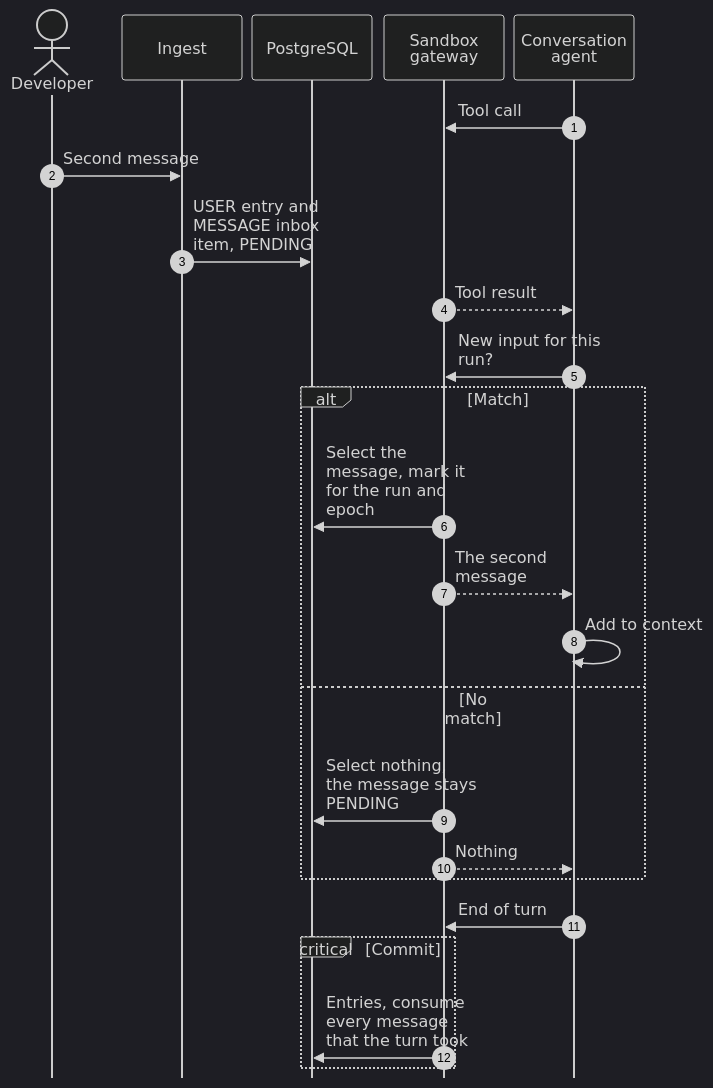
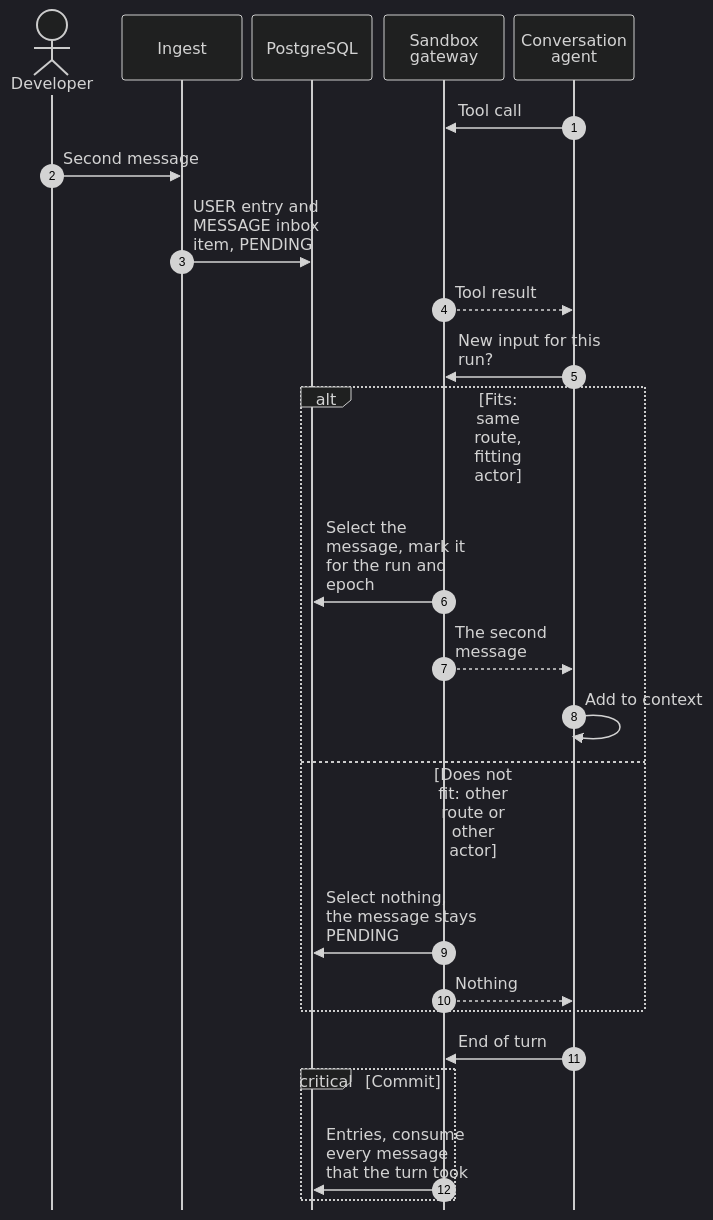
Before and after one commit to hephaestus-build/Hephaestus: the ninth of 12 diagrams in docs/contributor/conversation-core.mdx, drawn with Mermaid (dark theme). The commit also changed other lines of this file and 3 other files, not shown here.

````diff
--- a/docs/contributor/conversation-core.mdx
+++ b/docs/contributor/conversation-core.mdx
@@ -448,37 +558,37 @@
 ```mermaid
 ---
 config:
   sequence:
     actorMargin: 10
     width: 120
     wrap: true
     messageAlign: left
     mirrorActors: false
 ---
 sequenceDiagram
     accTitle: Steering at a tool-result boundary
-    accDescr: An interactive turn runs a tool. The developer sends a second message, which ingest stores as pending. After the tool result, the runner asks the gateway for new input. A compatible message is marked for this run and epoch and enters the turn. A message for another route stays pending and starts its own turn. The commit consumes every message that the turn took.
+    accDescr: An interactive turn runs a tool. The developer sends a second message, which ingest stores as pending. After the tool result, the runner asks the gateway for new input. A message with the turn's route and a fitting actor is marked for this run and epoch and enters the turn. A message for another route or from another actor stays pending and starts its own turn. The commit consumes every message that the turn took.
     autonumber
     actor D as Developer
     participant I as Ingest
     participant DB as PostgreSQL
     participant G as Sandbox gateway
     participant M as Conversation agent
     M->>G: Tool call
     D->>I: Second message
     I->>DB: USER entry and MESSAGE inbox item, PENDING
     G-->>M: Tool result
     M->>G: New input for this run?
-    alt Match
+    alt Fits: same route, fitting actor
         G->>DB: Select the message, mark it for the run and epoch
         G-->>M: The second message
         M->>M: Add to context
-    else No match
+    else Does not fit: other route or other actor
         G->>DB: Select nothing, the message stays PENDING
         G-->>M: Nothing
     end
     M->>G: End of turn
     critical Commit
         G->>DB: Entries, consume every message that the turn took
     end
 ```
````
